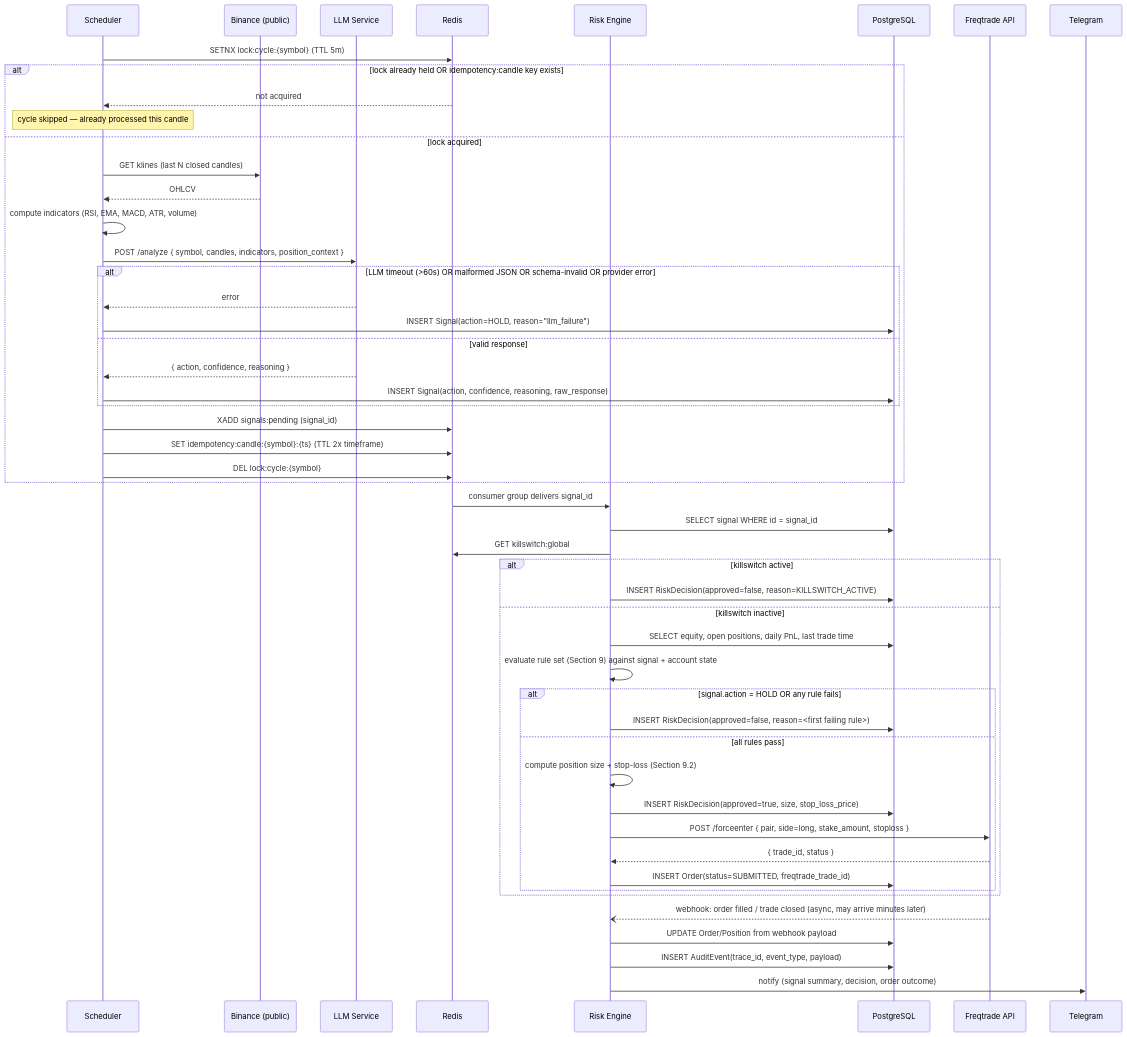
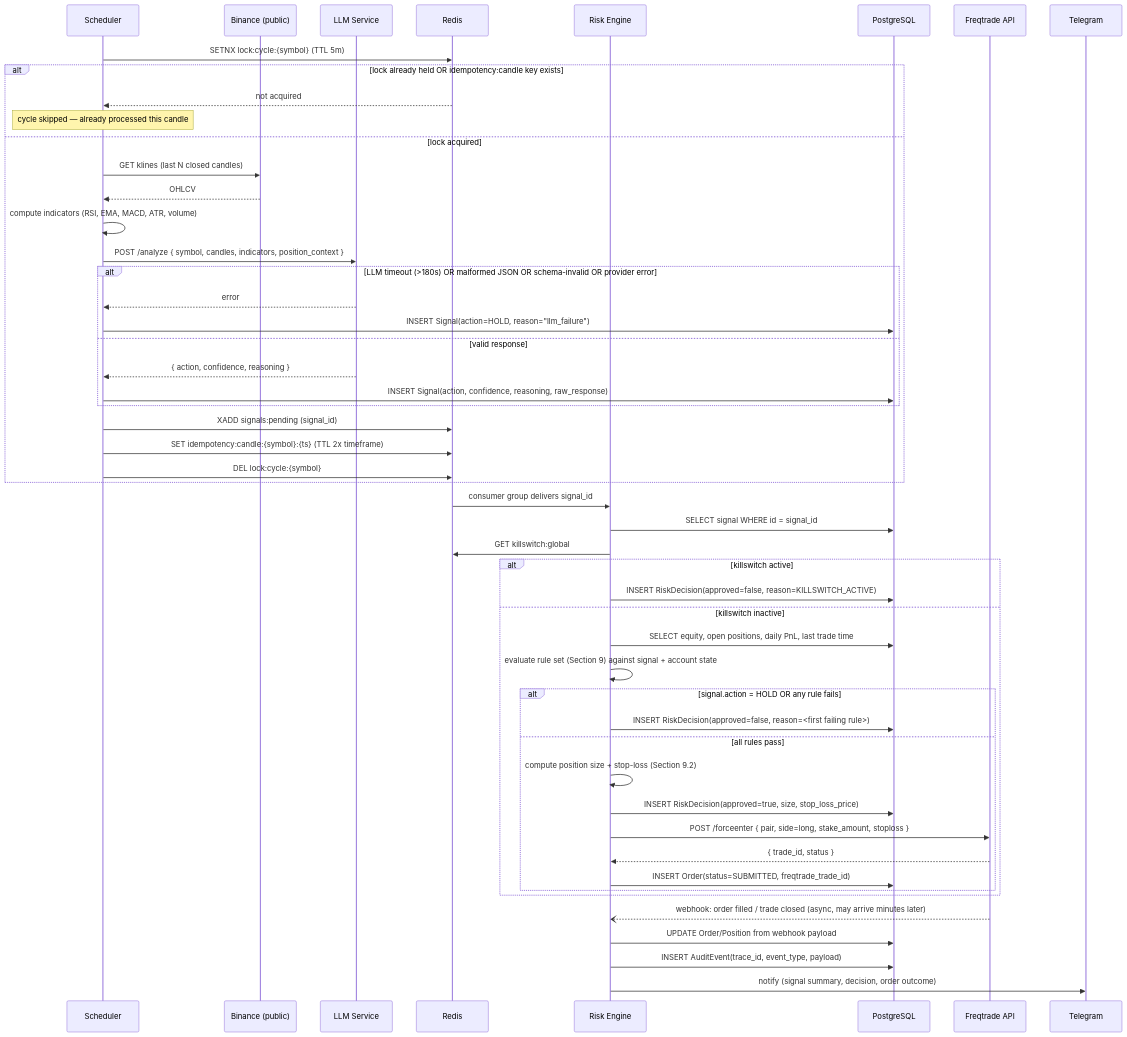
Before and after one commit to quang-ng/TradeMind: the second of 3 diagrams in PROJECT.md, drawn with Mermaid. The commit also changed other lines of this file and 8 other files, not shown here.

````diff
--- a/PROJECT.md
+++ b/PROJECT.md
@@ -166,60 +166,60 @@
 ```mermaid
 sequenceDiagram
     participant SCH as Scheduler
     participant BIN as Binance (public)
     participant LLM as LLM Service
     participant RED as Redis
     participant RE as Risk Engine
     participant PG as PostgreSQL
     participant FT as Freqtrade API
     participant TG as Telegram
 
     SCH->>RED: SETNX lock:cycle:{symbol} (TTL 5m)
     alt lock already held OR idempotency:candle key exists
         RED-->>SCH: not acquired
         Note over SCH: cycle skipped — already processed this candle
     else lock acquired
         SCH->>BIN: GET klines (last N closed candles)
         BIN-->>SCH: OHLCV
         SCH->>SCH: compute indicators (RSI, EMA, MACD, ATR, volume)
         SCH->>LLM: POST /analyze { symbol, candles, indicators, position_context }
 
-        alt LLM timeout (>60s) OR malformed JSON OR schema-invalid OR provider error
+        alt LLM timeout (>180s) OR malformed JSON OR schema-invalid OR provider error
             LLM-->>SCH: error
             SCH->>PG: INSERT Signal(action=HOLD, reason="llm_failure")
         else valid response
             LLM-->>SCH: { action, confidence, reasoning }
             SCH->>PG: INSERT Signal(action, confidence, reasoning, raw_response)
         end
 
         SCH->>RED: XADD signals:pending (signal_id)
         SCH->>RED: SET idempotency:candle:{symbol}:{ts} (TTL 2x timeframe)
         SCH->>RED: DEL lock:cycle:{symbol}
     end
 
     RED->>RE: consumer group delivers signal_id
     RE->>PG: SELECT signal WHERE id = signal_id
     RE->>RED: GET killswitch:global
 
     alt killswitch active
         RE->>PG: INSERT RiskDecision(approved=false, reason=KILLSWITCH_ACTIVE)
     else killswitch inactive
         RE->>PG: SELECT equity, open positions, daily PnL, last trade time
         RE->>RE: evaluate rule set (Section 9) against signal + account state
 
         alt signal.action = HOLD OR any rule fails
             RE->>PG: INSERT RiskDecision(approved=false, reason=<first failing rule>)
         else all rules pass
             RE->>RE: compute position size + stop-loss (Section 9.2)
             RE->>PG: INSERT RiskDecision(approved=true, size, stop_loss_price)
             RE->>FT: POST /forceenter { pair, side=long, stake_amount, stoploss }
             FT-->>RE: { trade_id, status }
             RE->>PG: INSERT Order(status=SUBMITTED, freqtrade_trade_id)
         end
     end
 
     FT--)RE: webhook: order filled / trade closed (async, may arrive minutes later)
     RE->>PG: UPDATE Order/Position from webhook payload
     RE->>PG: INSERT AuditEvent(trace_id, event_type, payload)
     RE->>TG: notify (signal summary, decision, order outcome)
 ```
````
